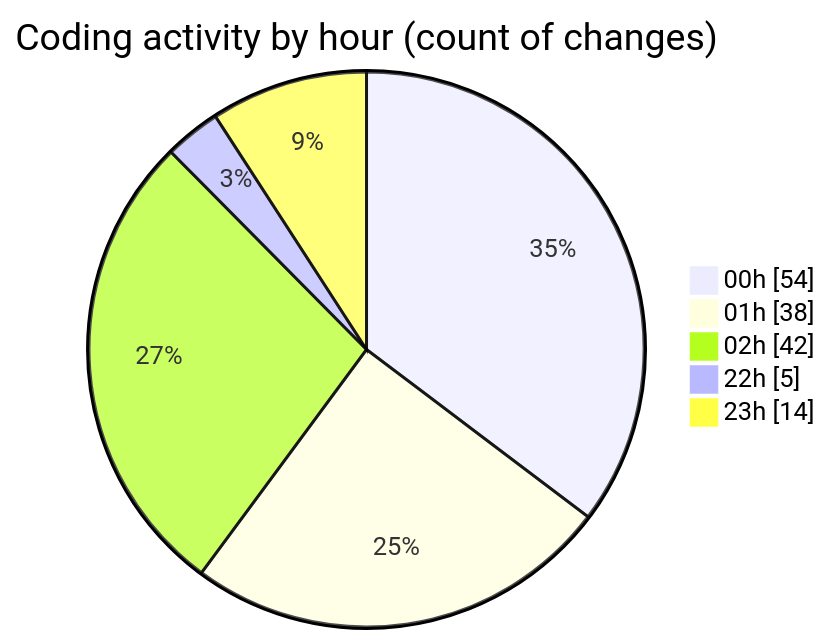
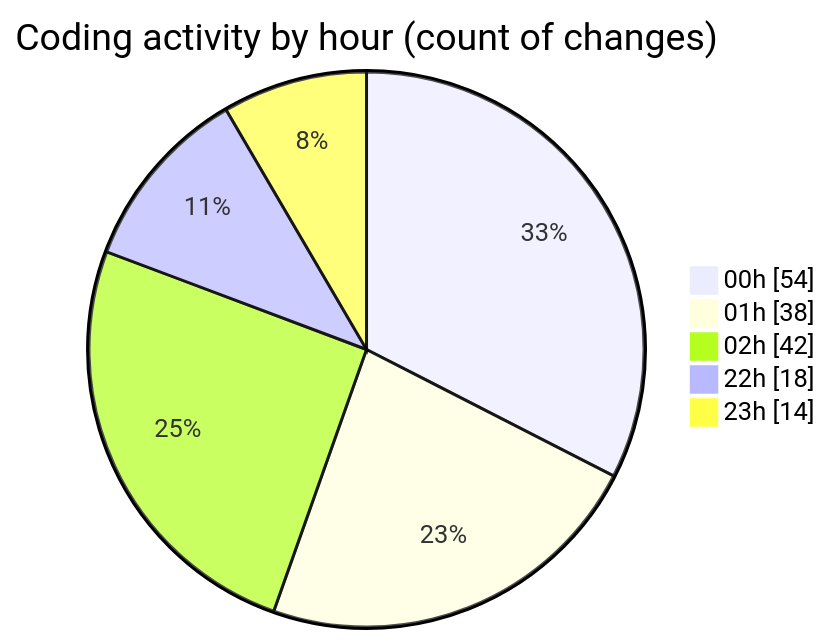
Before and after one commit to lephambinh05/code-tracking: the second of 2 diagrams in 2025-08-20/quytuthien_vn/README.md, drawn with Mermaid. The commit also changed other lines of this file and 1 other file, not shown here.

````diff
--- a/2025-08-20/quytuthien_vn/README.md
+++ b/2025-08-20/quytuthien_vn/README.md
@@ -104,9 +110,9 @@
 ```mermaid
 pie showData
 title Coding activity by hour (count of changes)
 "00h" : 54
 "01h" : 38
 "02h" : 42
-"22h" : 5
+"22h" : 18
 "23h" : 14
 ```
````
